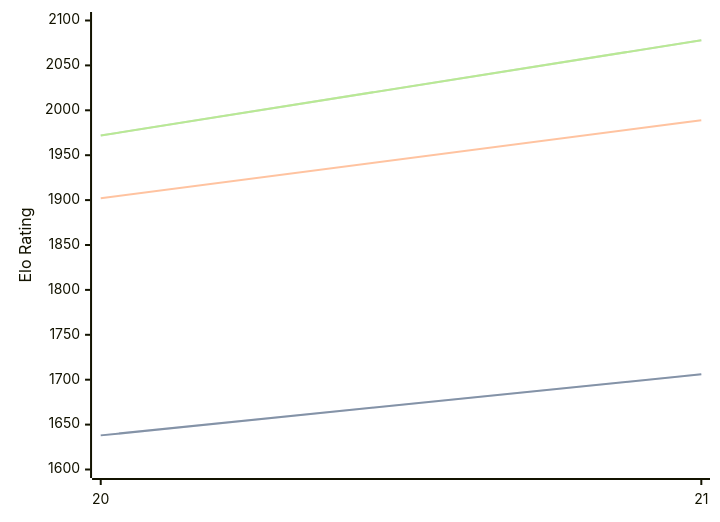
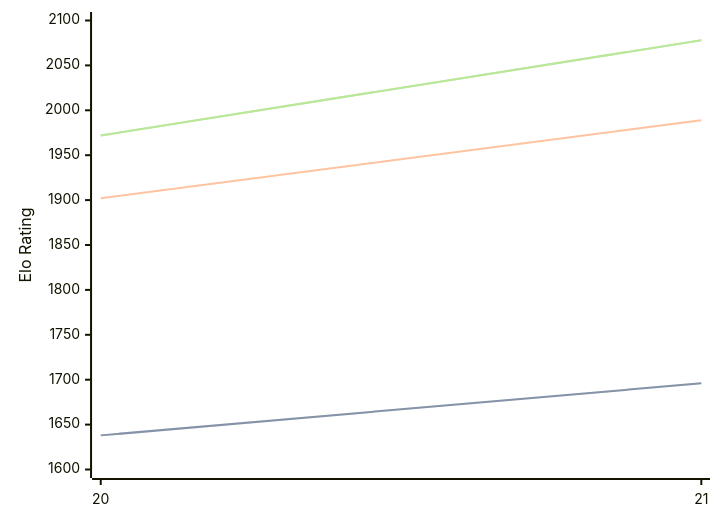
Before and after one commit to computer-chess-index/cci: the diagram in engines/PurplePanda.md, drawn with Mermaid. The commit also changed other lines of this file, not shown here.

````diff
--- a/engines/PurplePanda.md
+++ b/engines/PurplePanda.md
@@ -32,11 +32,11 @@
 ```mermaid
 %%{init: {"theme":"base","themeVariables":{"seriesColors:['#a3a3a3','#222221','#faa371']}}}%%
 xychart-beta
   x-axis ["20", "21"]
   y-axis "Elo Rating" 1600 --> 2100
-  line "STC (8.0+0.08s)" [1638, 1706]
-  line "STC (8.0+0.08s)" [1638, 1706]
+  line "STC (8.0+0.08s)" [1638, 1696]
+  line "STC (8.0+0.08s)" [1638, 1696]
   line "LTC (60.0+0.60s)" [1902, 1989]
   line "VLTC (2m24s+1.12s)" [1972, 2078]
   line "VLTC (2m24s+1.12s)" [1972, 2078]
 ```
````
